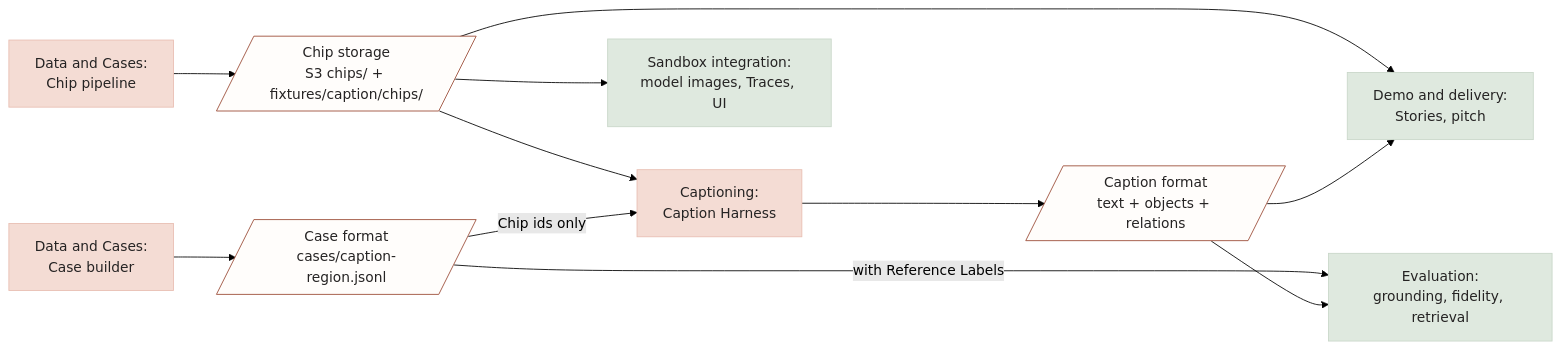
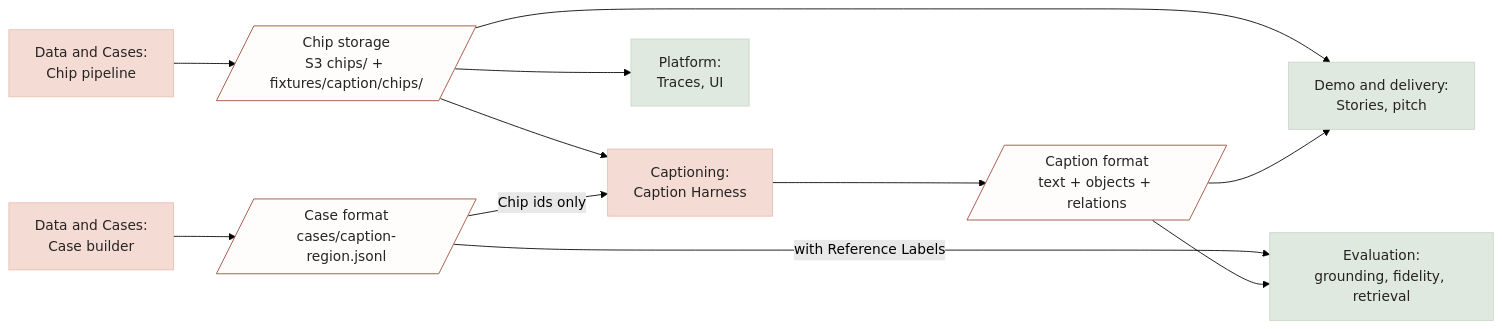
One commit to PlutonicSauce/Clayzer changed the sixth of 7 diagrams in docs/caption-plan.md. Above: the diagram before and after it, drawn with Mermaid (forest theme). The commit also changed other lines of this file and 12 other files, not shown here.

````diff
--- a/docs/caption-plan.md
+++ b/docs/caption-plan.md
@@ -236,29 +324,29 @@
 ```mermaid
 flowchart LR
     CHIPS["Data and Cases:<br/>Chip pipeline"]
     BUILD["Data and Cases:<br/>Case builder"]
     HARN["Captioning:<br/>Caption Harness"]
 
     C3[/"Chip storage<br/>S3 chips/ + fixtures/caption/chips/"/]
     C1[/"Case format<br/>cases/caption-region.jsonl"/]
     C2[/"Caption format<br/>text + objects + relations"/]
 
     SCORE["Evaluation:<br/>grounding, fidelity, retrieval"]
-    INTEG["Sandbox integration:<br/>model images, Traces, UI"]
+    INTEG["Platform:<br/>Traces, UI"]
     DEMO["Demo and delivery:<br/>Stories, pitch"]
 
     CHIPS --> C3
     BUILD --> C1
     HARN --> C2
     C3 --> HARN & INTEG & DEMO
     C1 -->|"Chip ids only"| HARN
     C1 -->|"with Reference Labels"| SCORE
     C2 --> SCORE & DEMO
 
     classDef contract fill:#fffdfb,stroke:#9a4a35,color:#252323
     classDef captions fill:#f4dcd4,stroke:#e8beb2,color:#252323
     classDef evaluation fill:#dfe9df,stroke:#c9d7c9,color:#252323
     class C1,C2,C3 contract
     class CHIPS,BUILD,HARN captions
     class SCORE,INTEG,DEMO evaluation
 ```
````
